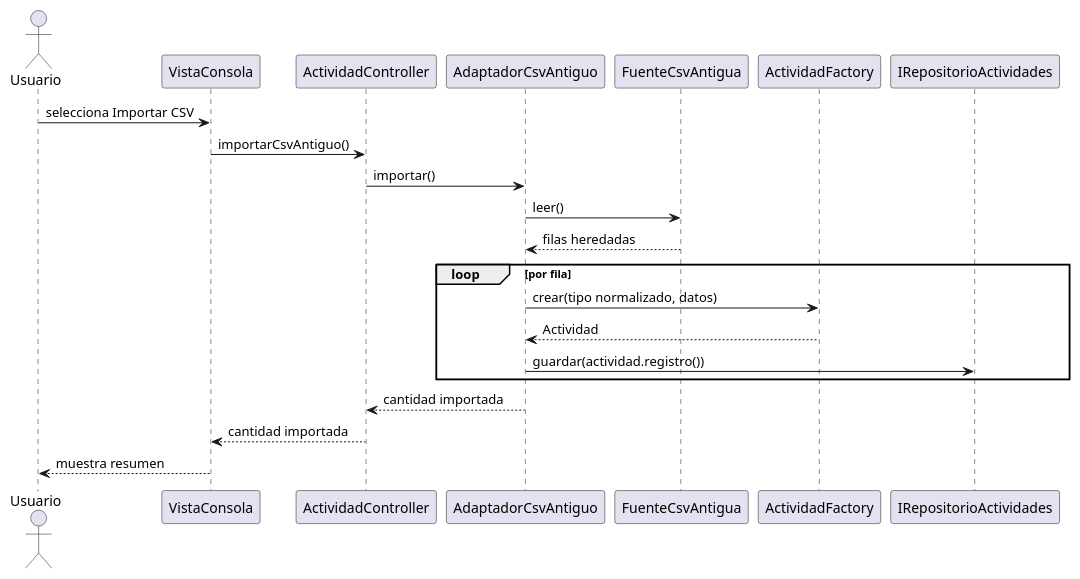
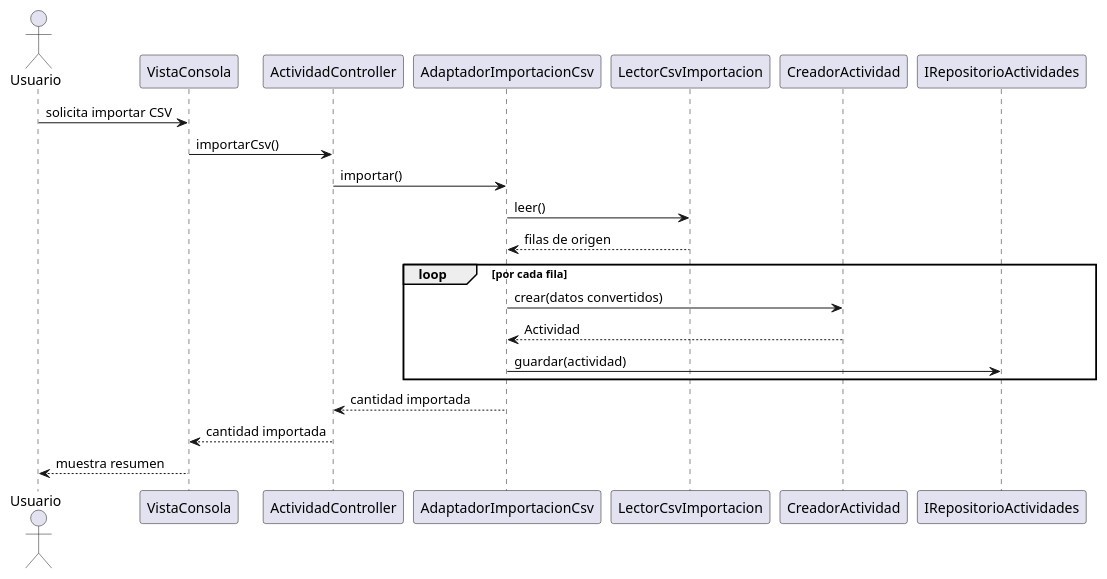
The diagram in Laboratorio09/diagrams/secuencia-importar.puml (MauroSullcaMamani/Laboratorio-de-Tecnolog-a-de-Objetos), drawn with PlantUML before and after one commit. The commit also changed 33 other files, not shown here.

```diff
--- a/Laboratorio09/diagrams/secuencia-importar.puml
+++ b/Laboratorio09/diagrams/secuencia-importar.puml
@@ -1,23 +1,23 @@
 @startuml
 actor Usuario
 participant VistaConsola as Vista
 participant ActividadController as Controlador
-participant AdaptadorCsvAntiguo as Adapter
-participant FuenteCsvAntigua as Fuente
-participant ActividadFactory as Fabrica
+participant AdaptadorImportacionCsv as Adapter
+participant LectorCsvImportacion as Lector
+participant CreadorActividad as Creador
 participant IRepositorioActividades as Repositorio
 
-Usuario -> Vista : selecciona Importar CSV
-Vista -> Controlador : importarCsvAntiguo()
+Usuario -> Vista : solicita importar CSV
+Vista -> Controlador : importarCsv()
 Controlador -> Adapter : importar()
-Adapter -> Fuente : leer()
-Fuente --> Adapter : filas heredadas
-loop por fila
-  Adapter -> Fabrica : crear(tipo normalizado, datos)
-  Fabrica --> Adapter : Actividad
-  Adapter -> Repositorio : guardar(actividad.registro())
+Adapter -> Lector : leer()
+Lector --> Adapter : filas de origen
+loop por cada fila
+  Adapter -> Creador : crear(datos convertidos)
+  Creador --> Adapter : Actividad
+  Adapter -> Repositorio : guardar(actividad)
 end
 Adapter --> Controlador : cantidad importada
 Controlador --> Vista : cantidad importada
 Vista --> Usuario : muestra resumen
 @enduml
```
